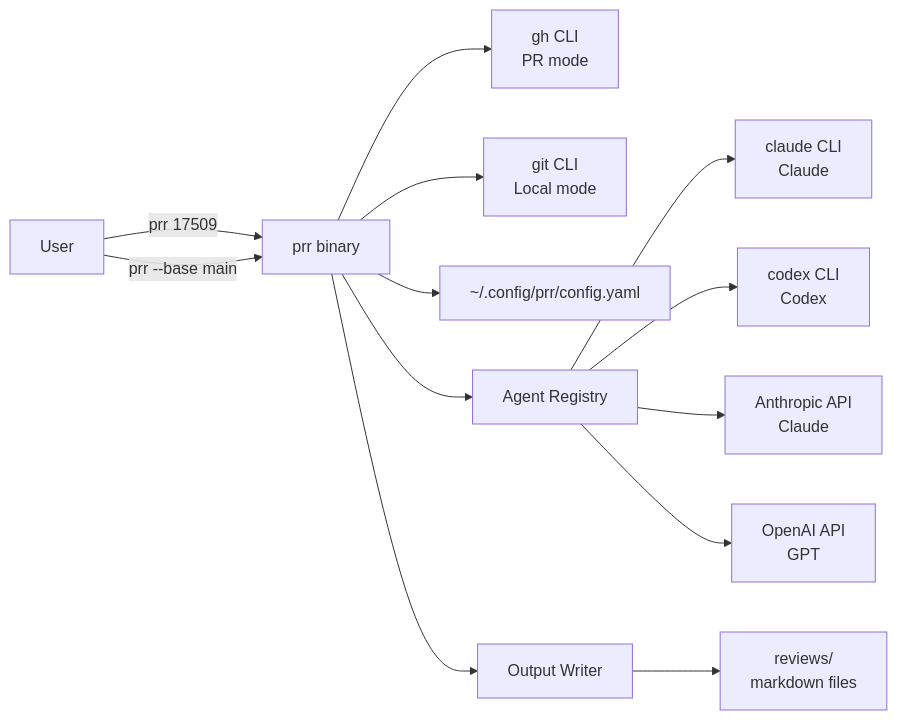
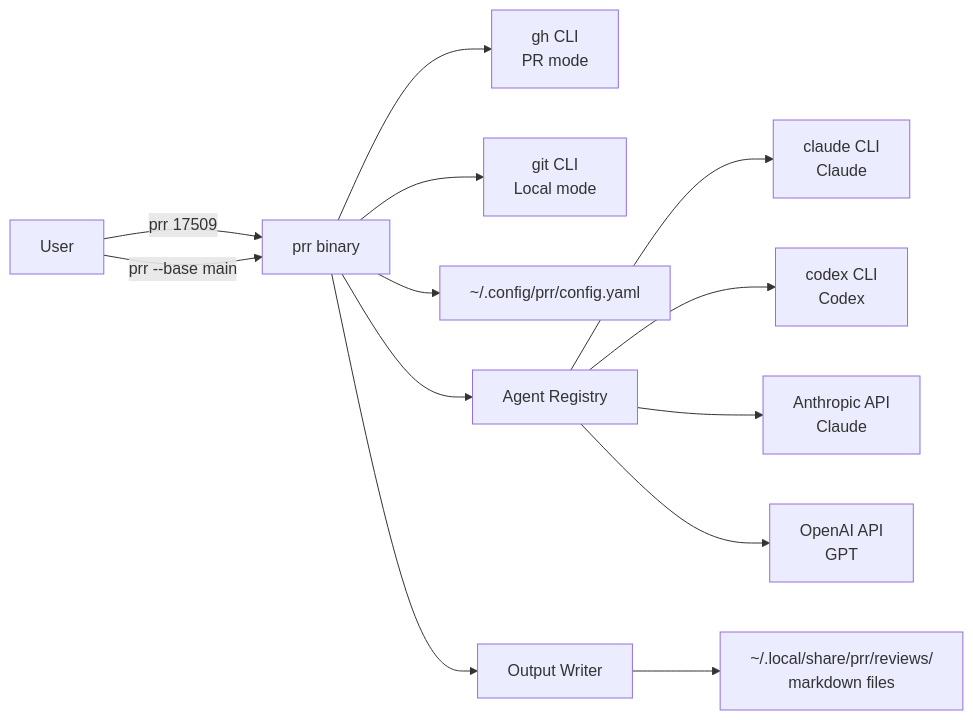
Before and after one commit to dotbrains/prr: the first of 2 diagrams in SPEC.md, drawn with Mermaid. The commit also changed other lines of this file and 4 other files, not shown here.

First line of the commit message:
feat: use XDG-compliant default output directory (~/.local/share/prr/reviews)

````diff
--- a/SPEC.md
+++ b/SPEC.md
@@ -648,15 +648,15 @@
 ```mermaid
 flowchart LR
     User -->|prr 17509| CLI[prr binary]
     User -->|prr --base main| CLI
     CLI --> GH[gh CLI<br>PR mode]
     CLI --> Git[git CLI<br>Local mode]
     CLI --> Config[~/.config/prr/config.yaml]
     CLI --> Registry[Agent Registry]
     Registry --> ClaudeCLI[claude CLI<br>Claude]
     Registry --> CodexCLI[codex CLI<br>Codex]
     Registry --> ClaudeAPI[Anthropic API<br>Claude]
     Registry --> GPTAPI[OpenAI API<br>GPT]
     CLI --> Writer[Output Writer]
-    Writer --> Reviews[reviews/<br>markdown files]
+    Writer --> Reviews[~/.local/share/prr/reviews/<br>markdown files]
 ```
````
